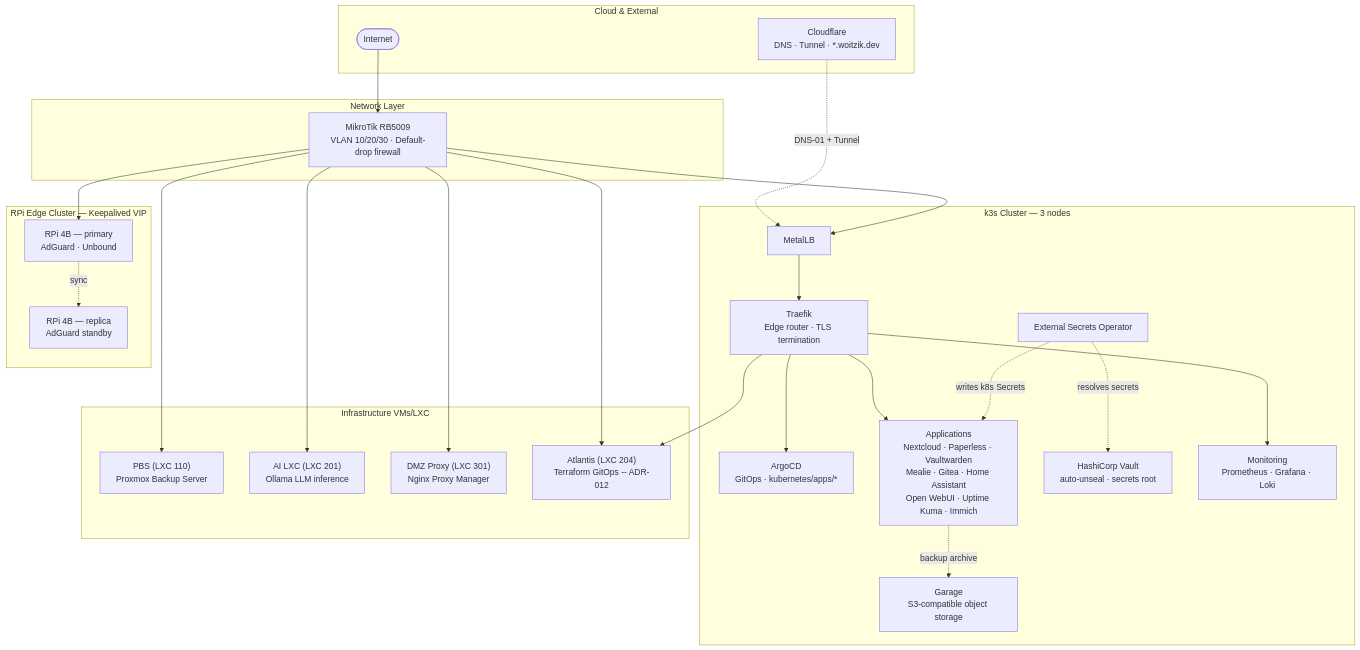
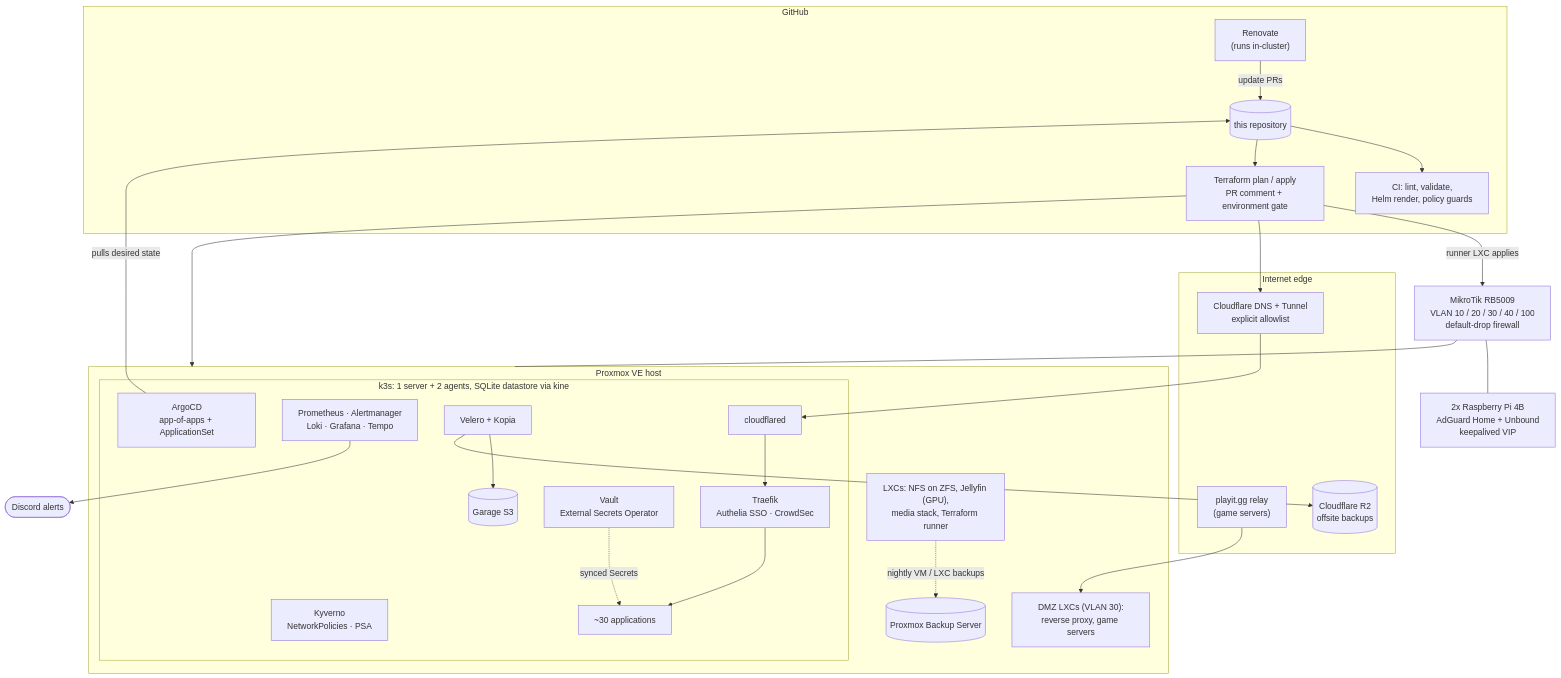
One commit to dwoitzik/homelab-infrastructure changed the diagram in README.md. Above: the diagram before and after it, drawn with Mermaid. The commit also changed other lines of this file, not shown here.

First line of the commit message:
docs(readme): rewrite as an architecture and engineering overview (#1078)

````diff
--- a/README.md
+++ b/README.md
@@ -43,52 +20,54 @@
 ```mermaid
-graph TB
-    subgraph cloud["Cloud & External"]
-        NET([Internet])
-        CF["Cloudflare\nDNS · Tunnel · *.woitzik.dev"]
+flowchart TB
+    subgraph github["GitHub"]
+        repo[("this repository")]
+        ci["CI: lint, validate,<br/>Helm render, policy guards"]
+        tfwf["Terraform plan / apply<br/>PR comment + environment gate"]
+        renovate["Renovate<br/>(runs in-cluster)"]
     end
 
-    subgraph router["Network Layer"]
-        MK["MikroTik RB5009\nVLAN 10/20/30 · Default-drop firewall"]
+    subgraph internet["Internet edge"]
+        cf["Cloudflare DNS + Tunnel<br/>explicit allowlist"]
+        playit["playit.gg relay<br/>(game servers)"]
+        r2[("Cloudflare R2<br/>offsite backups")]
     end
 
-    subgraph k3s["k3s Cluster — 3 nodes"]
-        LB["MetalLB"]
-        TR["Traefik\nEdge router · TLS termination"]
-        ARGO["ArgoCD\nGitOps · kubernetes/apps/*"]
-        APPS["Applications\nNextcloud · Paperless · Vaultwarden\nMealie · Gitea · Home Assistant\nOpen WebUI · Uptime Kuma · Immich"]
-        VAULT["HashiCorp Vault\nauto-unseal · secrets root"]
-        ESO["External Secrets Operator"]
-        GARAGE["Garage\nS3-compatible object storage"]
-        MON["Monitoring\nPrometheus · Grafana · Loki"]
+    router["MikroTik RB5009<br/>VLAN 10 / 20 / 30 / 40 / 100<br/>default-drop firewall"]
+    rpi["2x Raspberry Pi 4B<br/>AdGuard Home + Unbound<br/>keepalived VIP"]
+
+    subgraph pve["Proxmox VE host"]
+        subgraph k3s["k3s: 1 server + 2 agents, SQLite datastore via kine"]
+            argocd["ArgoCD<br/>app-of-apps + ApplicationSet"]
+            ingress["Traefik<br/>Authelia SSO · CrowdSec"]
+            secrets["Vault<br/>External Secrets Operator"]
+            policy["Kyverno<br/>NetworkPolicies · PSA"]
+            apps["~30 applications"]
+            obs["Prometheus · Alertmanager<br/>Loki · Grafana · Tempo"]
+            velero["Velero + Kopia"]
+            garage[("Garage S3")]
+            tunnel["cloudflared"]
+        end
+        lxc["LXCs: NFS on ZFS, Jellyfin (GPU),<br/>media stack, Terraform runner"]
+        dmz["DMZ LXCs (VLAN 30):<br/>reverse proxy, game servers"]
+        pbs[("Proxmox Backup Server")]
     end
 
-    subgraph edge["RPi Edge Cluster — Keepalived VIP"]
-        RPI1["RPi 4B — primary\nAdGuard · Unbound"]
-        RPI2["RPi 4B — replica\nAdGuard standby"]
-    end
+    discord(["Discord alerts"])
 
-    subgraph infra["Infrastructure VMs/LXC"]
-        PBS["PBS (LXC 110)\nProxmox Backup Server"]
-        AI["AI LXC (LXC 201)\nOllama LLM inference"]
-        DMZ["DMZ Proxy (LXC 301)\nNginx Proxy Manager"]
-        ATLLXC["Atlantis (LXC 204)\nTerraform GitOps -- ADR-012"]
-    end
-
-    NET --> MK
-    CF -. "DNS-01 + Tunnel" .-> LB
-    MK --> LB
-    LB --> TR
-    TR --> ARGO
-    TR --> APPS
-    TR --> MON
-    TR --> ATLLXC
-    ESO -. "resolves secrets" .-> VAULT
-    ESO -. "writes k8s Secrets" .-> APPS
-    APPS -. "backup archive" .-> GARAGE
-    MK --> RPI1
-    RPI1 -. "sync" .-> RPI2
-    MK --> PBS
-    MK --> AI
-    MK --> DMZ
-    MK --> ATLLXC
+    repo --> ci
+    repo --> tfwf
+    tfwf -- "runner LXC applies" --> router
+    tfwf --> pve
+    tfwf --> cf
+    argocd -- "pulls desired state" --> repo
+    renovate -- "update PRs" --> repo
+    cf --> tunnel --> ingress --> apps
+    playit --> dmz
+    router --- rpi
+    router --- pve
+    secrets -. "synced Secrets" .-> apps
+    velero --> garage
+    velero --> r2
+    lxc -. "nightly VM / LXC backups" .-> pbs
+    obs --> discord
 ```
````
